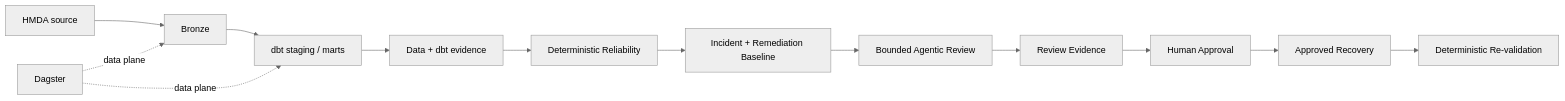
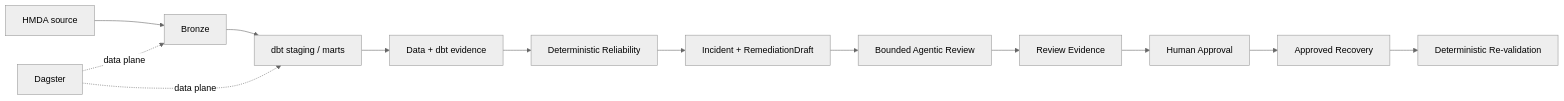
The diagram in docs/development/mvp/README.md (mols3131d/hmda-data-reliability), drawn with Mermaid (neutral theme) before and after one commit. The commit also changed other lines of this file and 2 other files, not shown here.

````diff
--- a/docs/development/mvp/README.md
+++ b/docs/development/mvp/README.md
@@ -31,16 +31,16 @@
 ```mermaid
 flowchart LR
     source["HMDA source"] --> bronze["Bronze"]
     bronze --> analytical["dbt staging / marts"]
     analytical --> evidence["Data + dbt evidence"]
     evidence --> reliability["Deterministic Reliability"]
-    reliability --> incident["Incident + Remediation Baseline"]
+    reliability --> incident["Incident + RemediationDraft"]
     incident --> agent["Bounded Agentic Review"]
     agent --> review["Review Evidence"]
     review --> human["Human Approval"]
     human --> recovery["Approved Recovery"]
     recovery --> verify["Deterministic Re-validation"]
 
     dagster["Dagster"] -. data plane .-> bronze
     dagster -. data plane .-> analytical
 ```
````
